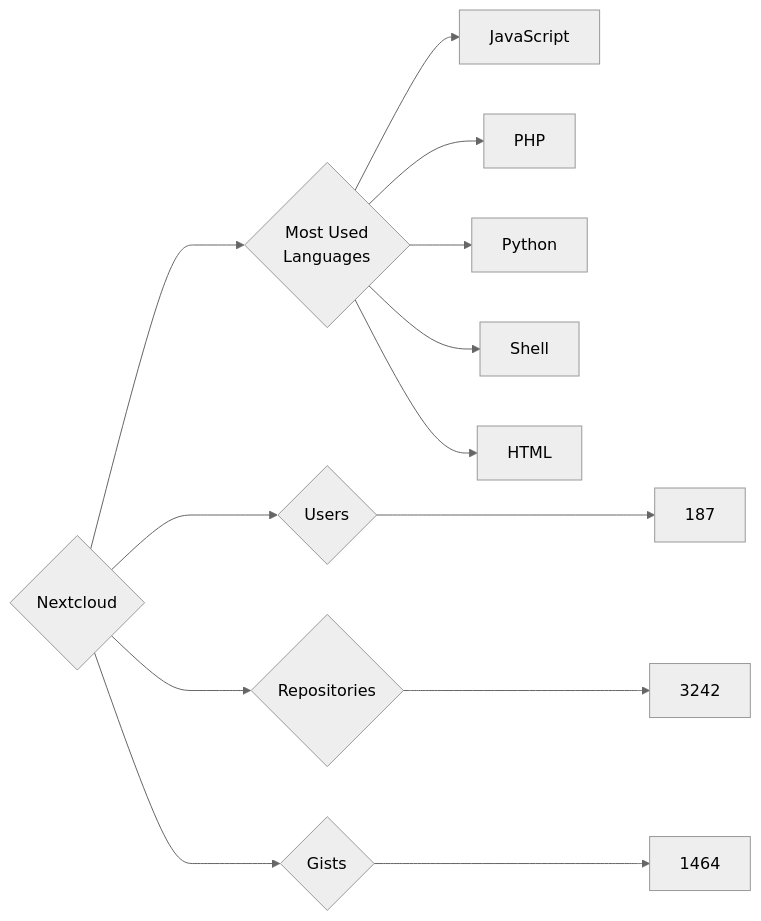
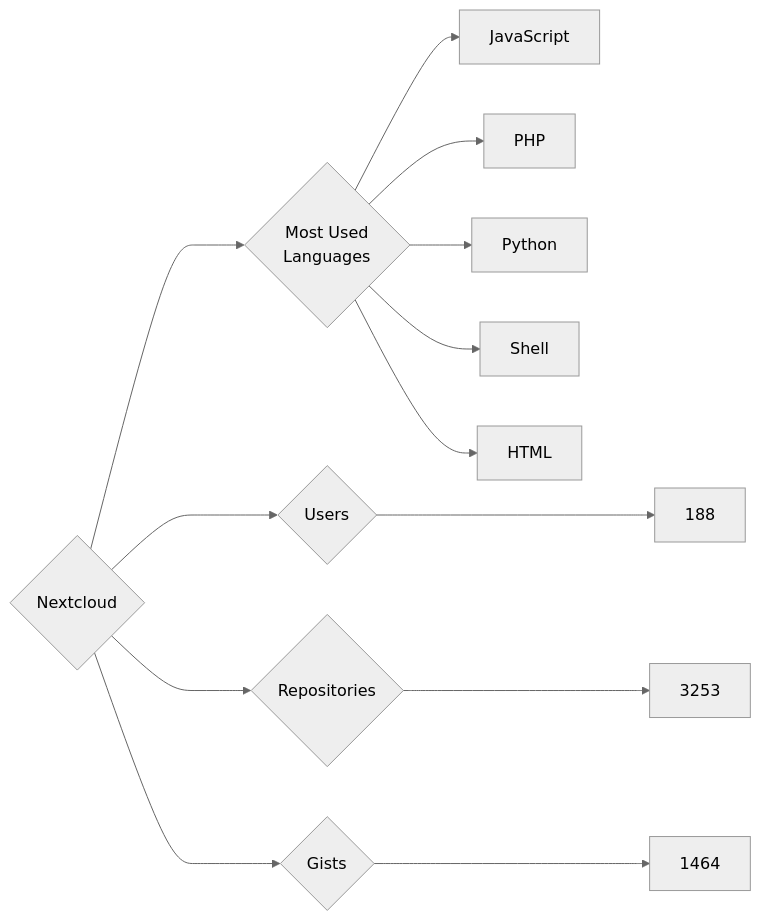
One commit to trickest/insiders changed the diagram in targets/Nextcloud/README.md. Above: the diagram before and after it, drawn with Mermaid (neutral theme). The commit also changed 973 other files, not shown here.

````diff
--- a/targets/Nextcloud/README.md
+++ b/targets/Nextcloud/README.md
@@ -3,13 +3,13 @@
 ```mermaid
 graph LR
 COMPANY_NAME{Nextcloud}
-COMPANY_NAME ---> U{Users} ---> UN[187]
-COMPANY_NAME ---> R{Repositories} ---> RN[3242]
+COMPANY_NAME ---> U{Users} ---> UN[188]
+COMPANY_NAME ---> R{Repositories} ---> RN[3253]
 COMPANY_NAME ---> G{Gists} ---> GN[1464]
 COMPANY_NAME ---> ML{Most Used<br>Languages}
 ML --> JavaScript[JavaScript]
 ML --> PHP[PHP]
 ML --> Python[Python]
 ML --> Shell[Shell]
 ML --> HTML[HTML]
 ```
````
